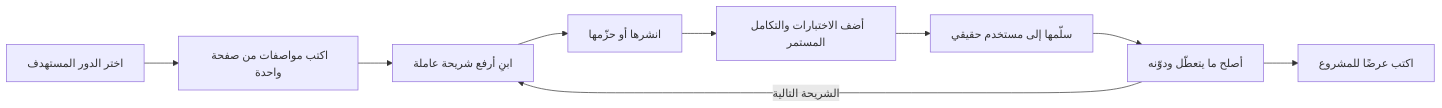
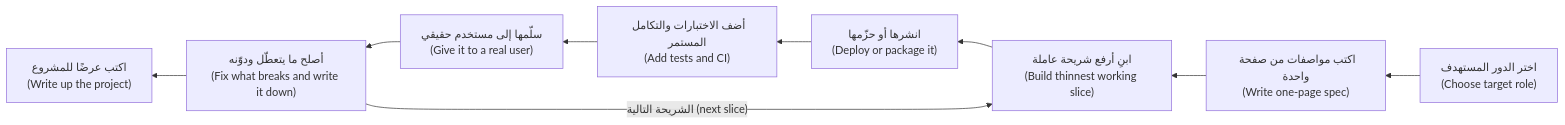
One commit to Tamoura/system-design-for-vibe-coders changed the first of 3 diagrams in career/modules/03-portfolio.ar.md. Above: the diagram before and after it, drawn with Mermaid. The commit also changed other lines of this file and 20 other files, not shown here.

First line of the commit message:
New courses: Arabic diagrams read right-to-left with English labels (modules 0–6)

````diff
--- a/career/modules/03-portfolio.ar.md
+++ b/career/modules/03-portfolio.ar.md
@@ -59,11 +59,11 @@
 ```mermaid
-flowchart LR
-    A["اختر الدور المستهدف"] --> B["اكتب مواصفات من صفحة واحدة"]
-    B --> C["ابنِ أرفع شريحة عاملة"]
-    C --> D["انشرها أو حزّمها"]
-    D --> E["أضف الاختبارات والتكامل المستمر"]
-    E --> F["سلّمها إلى مستخدم حقيقي"]
-    F --> G["أصلح ما يتعطّل ودوّنه"]
-    G -->|"الشريحة التالية"| C
-    G --> H["اكتب عرضًا للمشروع"]
+flowchart RL
+    A["اختر الدور المستهدف<br/>(Choose target role)"] --> B["اكتب مواصفات من صفحة واحدة<br/>(Write one-page spec)"]
+    B --> C["ابنِ أرفع شريحة عاملة<br/>(Build thinnest working slice)"]
+    C --> D["انشرها أو حزّمها<br/>(Deploy or package it)"]
+    D --> E["أضف الاختبارات والتكامل المستمر<br/>(Add tests and CI)"]
+    E --> F["سلّمها إلى مستخدم حقيقي<br/>(Give it to a real user)"]
+    F --> G["أصلح ما يتعطّل ودوّنه<br/>(Fix what breaks and write it down)"]
+    G -->|"الشريحة التالية (next slice)"| C
+    G --> H["اكتب عرضًا للمشروع<br/>(Write up the project)"]
 ```
````
